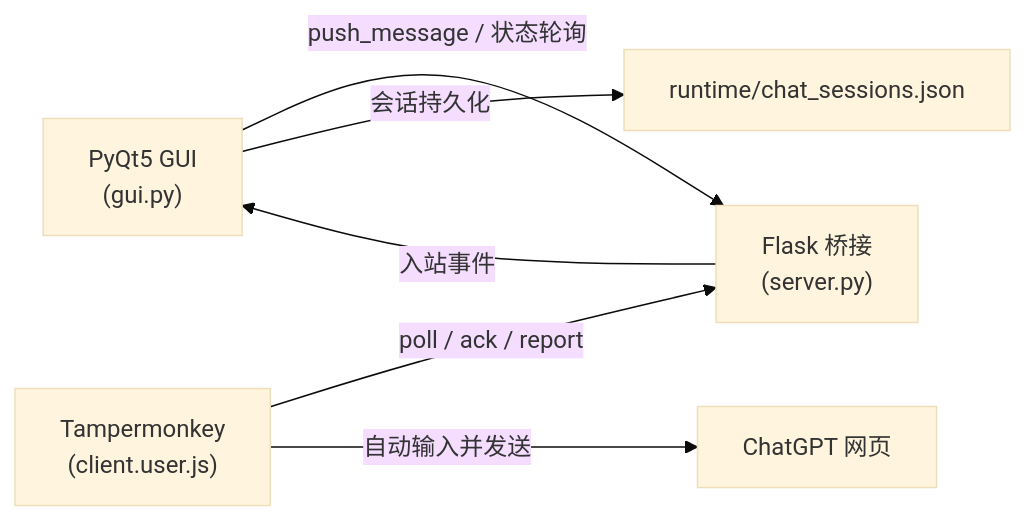
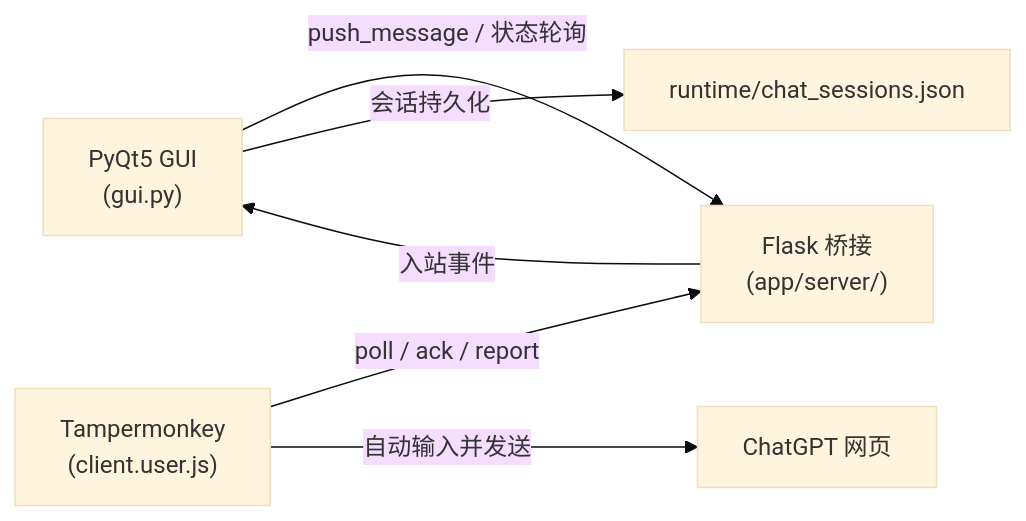
Before and after one commit to LvShuaiChao/chatgpt-flask-bridge: the diagram in README.md, drawn with Mermaid (base theme). The commit also changed other lines of this file and 162 other files, not shown here.

````diff
--- a/README.md
+++ b/README.md
@@ -9,8 +9,8 @@
 ```mermaid
 flowchart LR
-    GUI["PyQt5 GUI\n(gui.py)"] -->|push_message / 状态轮询| Server["Flask 桥接\n(server.py)"]
+    GUI["PyQt5 GUI\n(gui.py)"] -->|push_message / 状态轮询| Server["Flask 桥接\n(app/server/)"]
     TM["Tampermonkey\n(client.user.js)"] -->|poll / ack / report| Server
     TM -->|自动输入并发送| Web["ChatGPT 网页"]
     Server -->|入站事件| GUI
     GUI -->|会话持久化| Runtime["runtime/chat_sessions.json"]
 ```
````
